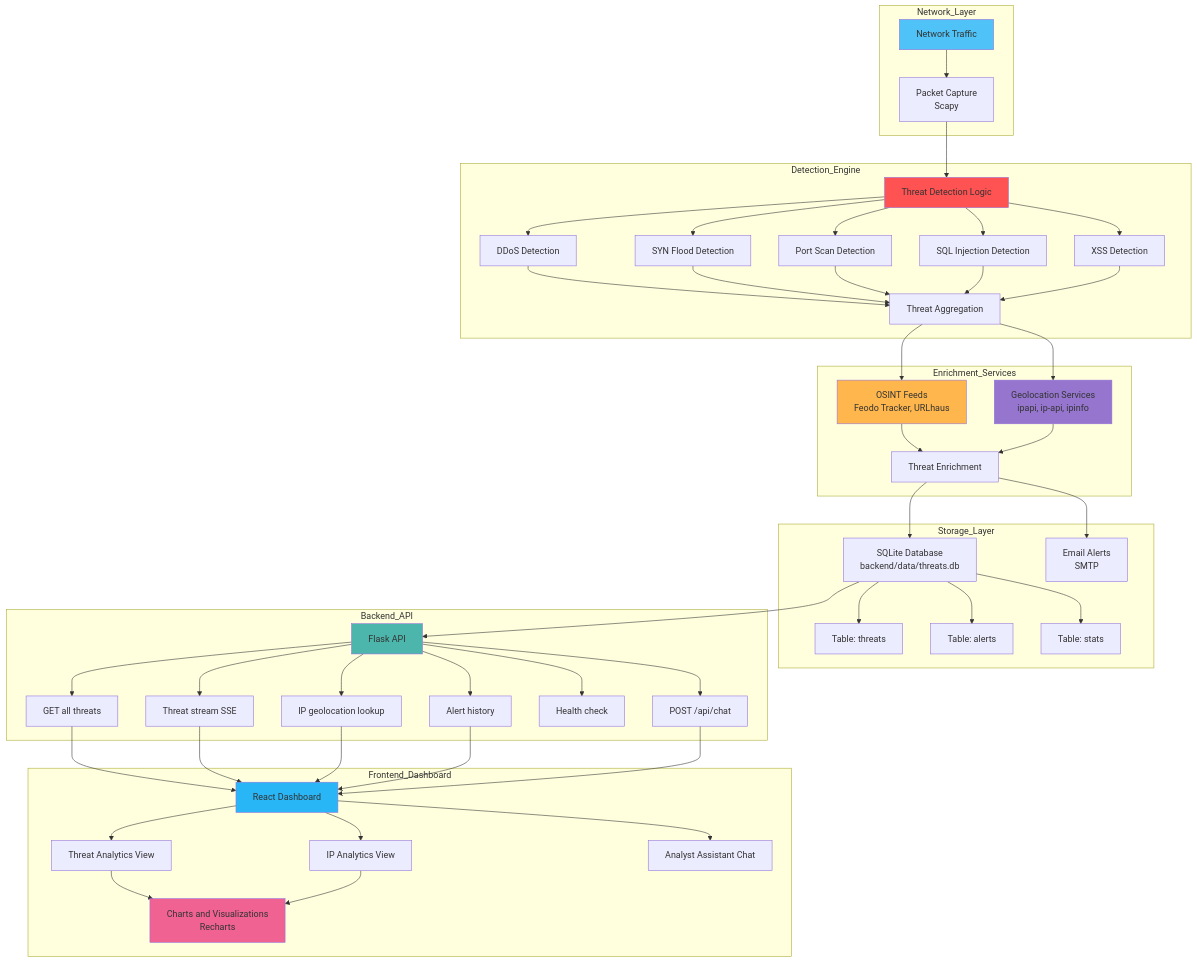
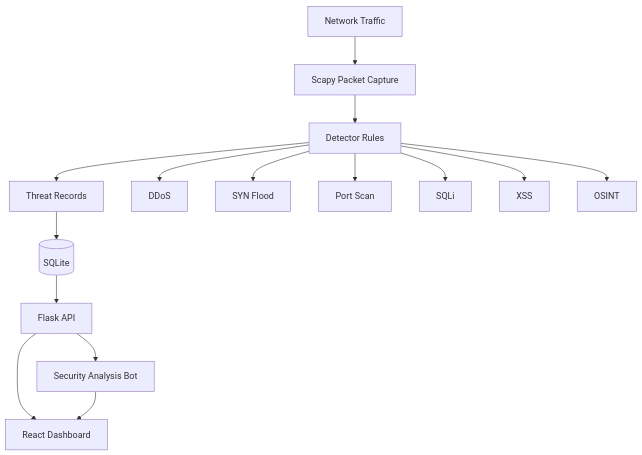
Before and after one commit to YuvaBhargav/network-threat-detection-platform-: the diagram in README.md, drawn with Mermaid. The commit also changed other lines of this file and 11 other files, not shown here.

First line of the commit message:
Finalize network threat detection platform v1

````diff
--- a/README.md
+++ b/README.md
@@ -31,67 +41,18 @@
 ```mermaid
 flowchart TB
-    subgraph Network_Layer
-        A[Network Traffic] --> B[Packet Capture<br>Scapy]
-    end
+    A[Network Traffic] --> B[Scapy Packet Capture]
+    B --> C[Detector Rules]
+    C --> D[Threat Records]
+    D --> E[(SQLite)]
+    E --> F[Flask API]
+    F --> G[React Dashboard]
+    F --> H[Security Analysis Bot]
+    H --> G
 
-    subgraph Detection_Engine
-        B --> C[Threat Detection Logic]
-        C --> D1[DDoS Detection]
-        C --> D2[SYN Flood Detection]
-        C --> D3[Port Scan Detection]
-        C --> D4[SQL Injection Detection]
-        C --> D5[XSS Detection]
-        D1 --> E[Threat Aggregation]
-        D2 --> E
-        D3 --> E
-        D4 --> E
-        D5 --> E
-    end
-
-    subgraph Enrichment_Services
-        E --> F1[OSINT Feeds<br>Feodo Tracker, URLhaus]
-        E --> F2[Geolocation Services<br>ipapi, ip-api, ipinfo]
-        F1 --> G[Threat Enrichment]
-        F2 --> G
-    end
-
-    subgraph Storage_Layer
-        G --> H1[SQLite Database<br>backend/data/threats.db]
-        H1 --> H1a[Table: threats]
-        H1 --> H1b[Table: alerts]
-        H1 --> H1c[Table: stats]
-        G --> H3[Email Alerts<br>SMTP]
-    end
-
-    subgraph Backend_API
-        H1 --> I[Flask API]
-        I --> J1[GET all threats]
-        I --> J2[Threat stream SSE]
-        I --> J3[IP geolocation lookup]
-        I --> J4[Alert history]
-        I --> J5[Health check]
-        I --> J6[POST /api/chat]
-    end
-
-    subgraph Frontend_Dashboard
-        J1 --> K[React Dashboard]
-        J2 --> K
-        J3 --> K
-        J4 --> K
-        J6 --> K
-        K --> L1[Threat Analytics View]
-        K --> L2[IP Analytics View]
-        K --> L3[Analyst Assistant Chat]
-        L1 --> M[Charts and Visualizations<br>Recharts]
-        L2 --> M
-    end
-
-    style A fill:#4fc3f7
-    style C fill:#ff5252
-    style F1 fill:#ffb74d
-    style F2 fill:#9575cd
-    style I fill:#4db6ac
-    style K fill:#29b6f6
-    style M fill:#f06292
-
+    C --> C1[DDoS]
+    C --> C2[SYN Flood]
+    C --> C3[Port Scan]
+    C --> C4[SQLi]
+    C --> C5[XSS]
+    C --> C6[OSINT]
 ```
````
